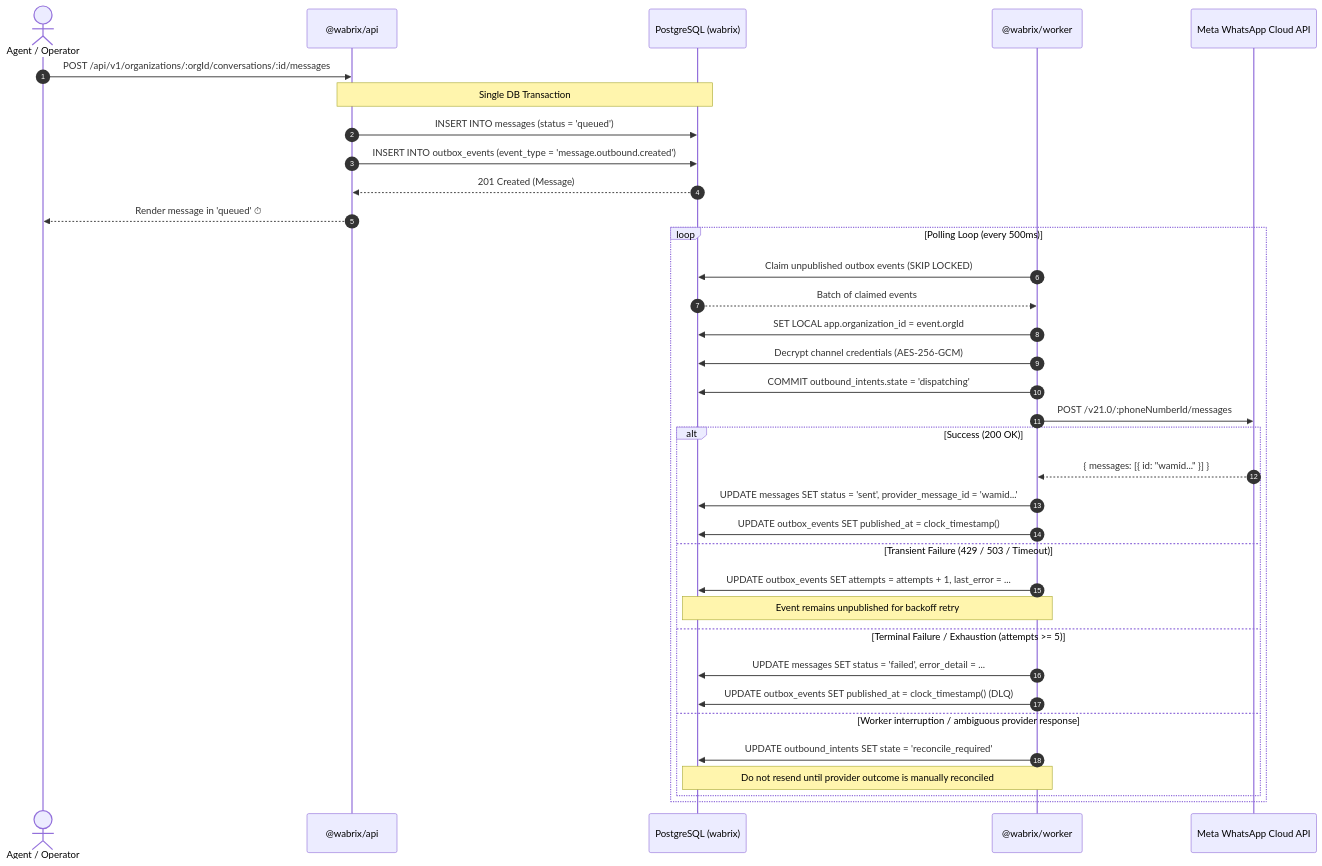
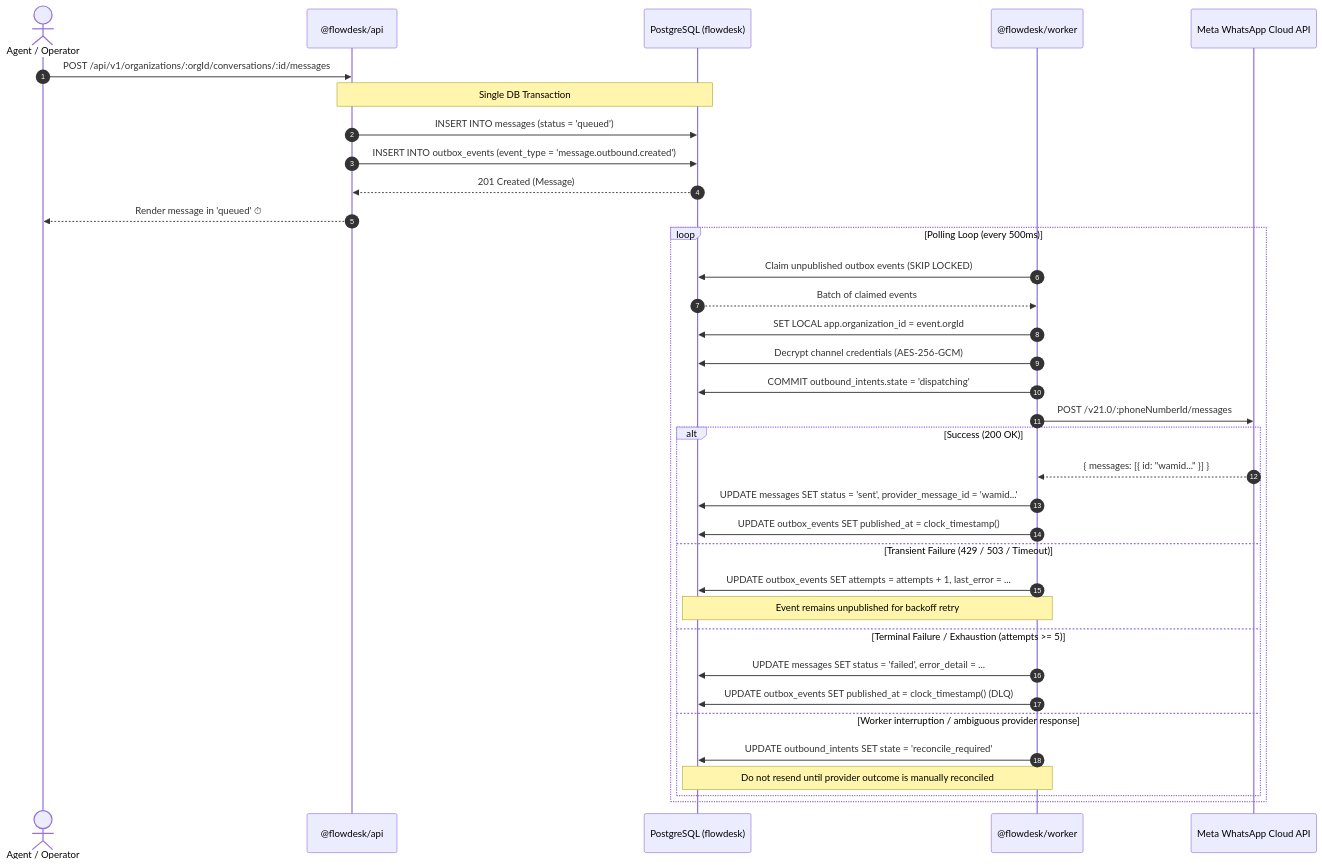
Before and after one commit to ryanakml/flowdesk-ai: the diagram in docs/runbooks/whatsapp-outbox-dlq.md, drawn with Mermaid. The commit also changed other lines of this file and 355 other files, not shown here.

First line of the commit message:
chore(rebrand): restore FlowDesk packages, schemas, deployment manifests, and documentation (#269)

````diff
--- a/docs/runbooks/whatsapp-outbox-dlq.md
+++ b/docs/runbooks/whatsapp-outbox-dlq.md
@@ -18,39 +18,39 @@
 ```mermaid
 sequenceDiagram
     autonumber
     actor Operator as Agent / Operator
-    participant API as @wabrix/api
-    participant DB as PostgreSQL (wabrix)
-    participant Worker as @wabrix/worker
+    participant API as @flowdesk/api
+    participant DB as PostgreSQL (flowdesk)
+    participant Worker as @flowdesk/worker
     participant Meta as Meta WhatsApp Cloud API
 
     Operator->>API: POST /api/v1/organizations/:orgId/conversations/:id/messages
     Note over API,DB: Single DB Transaction
     API->>DB: INSERT INTO messages (status = 'queued')
     API->>DB: INSERT INTO outbox_events (event_type = 'message.outbound.created')
     DB-->>API: 201 Created (Message)
     API-->>Operator: Render message in 'queued' ⏱
 
     loop Polling Loop (every 500ms)
         Worker->>DB: Claim unpublished outbox events (SKIP LOCKED)
         DB-->>Worker: Batch of claimed events
         Worker->>DB: SET LOCAL app.organization_id = event.orgId
         Worker->>DB: Decrypt channel credentials (AES-256-GCM)
         Worker->>DB: COMMIT outbound_intents.state = 'dispatching'
         Worker->>Meta: POST /v21.0/:phoneNumberId/messages
         alt Success (200 OK)
             Meta-->>Worker: { messages: [{ id: "wamid..." }] }
             Worker->>DB: UPDATE messages SET status = 'sent', provider_message_id = 'wamid...'
             Worker->>DB: UPDATE outbox_events SET published_at = clock_timestamp()
         else Transient Failure (429 / 503 / Timeout)
             Worker->>DB: UPDATE outbox_events SET attempts = attempts + 1, last_error = ...
             Note over Worker,DB: Event remains unpublished for backoff retry
         else Terminal Failure / Exhaustion (attempts >= 5)
             Worker->>DB: UPDATE messages SET status = 'failed', error_detail = ...
             Worker->>DB: UPDATE outbox_events SET published_at = clock_timestamp() (DLQ)
         else Worker interruption / ambiguous provider response
             Worker->>DB: UPDATE outbound_intents SET state = 'reconcile_required'
             Note over Worker,DB: Do not resend until provider outcome is manually reconciled
         end
     end
 ```
````
